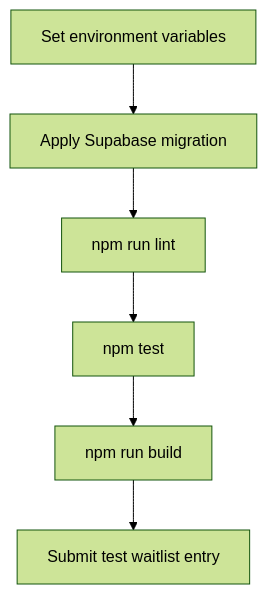
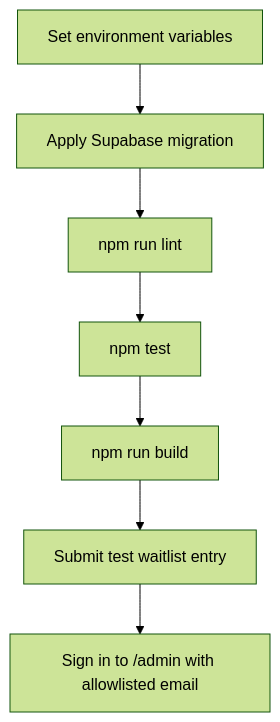
One commit to KipianiNikoloz/FoodLoop changed the diagram in docs/operations.md. Above: the diagram before and after it, drawn with Mermaid (forest theme). The commit also changed other lines of this file and 25 other files, not shown here.

````diff
--- a/docs/operations.md
+++ b/docs/operations.md
@@ -12,15 +24,17 @@
 ```mermaid
 flowchart TD
   Env[Set environment variables]
   Migration[Apply Supabase migration]
   Typecheck[npm run lint]
   Tests[npm test]
   Build[npm run build]
   Smoke[Submit test waitlist entry]
+  AdminSmoke[Sign in to /admin with allowlisted email]
 
   Env --> Migration
   Migration --> Typecheck
   Typecheck --> Tests
   Tests --> Build
   Build --> Smoke
+  Smoke --> AdminSmoke
 ```
````
